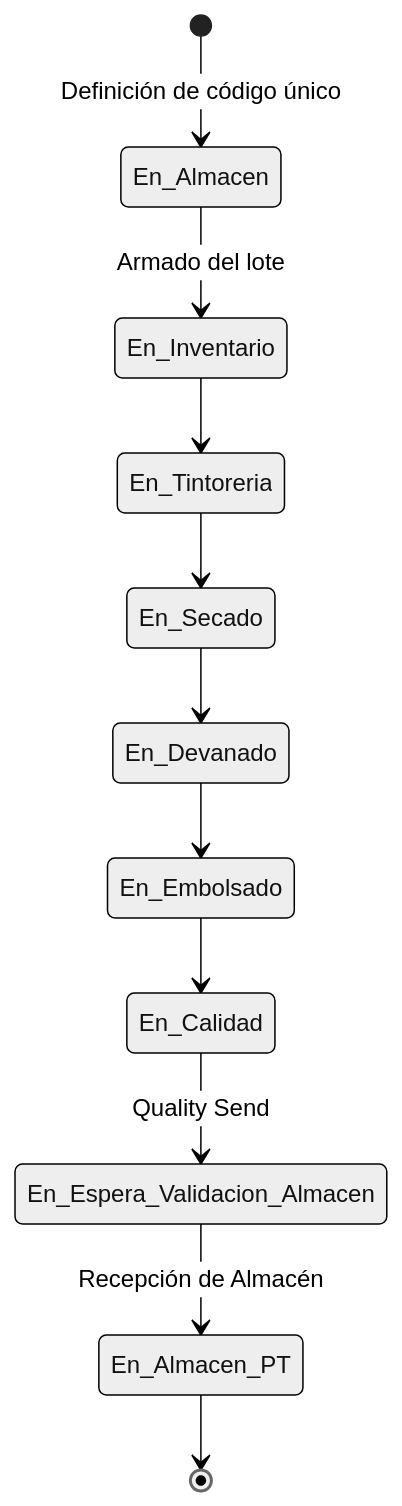
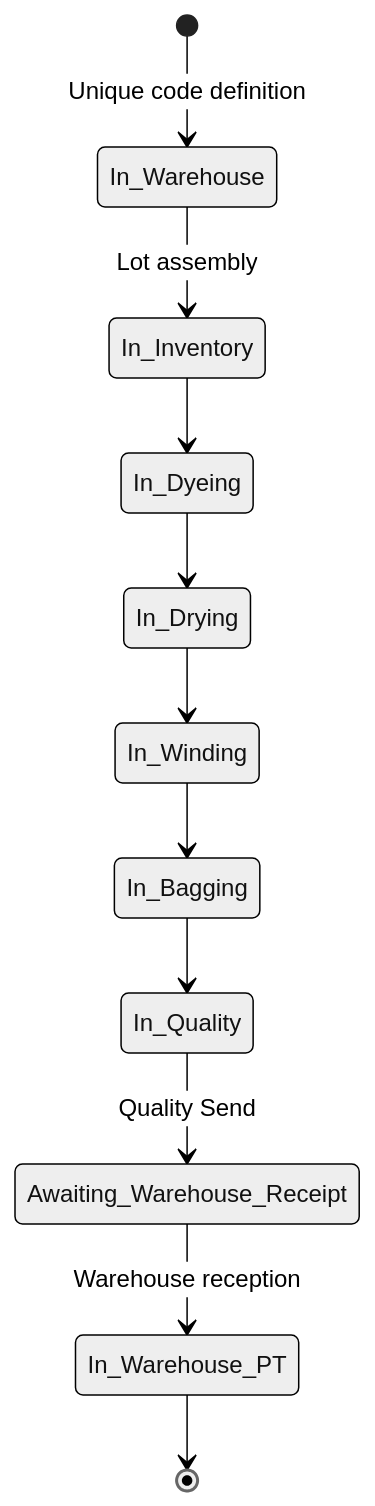
Before and after one commit to luiscm17/colibri-hub: the diagram in docs/prd/operation/lot-processing.md, drawn with Mermaid (neutral theme). The commit also changed other lines of this file, not shown here.

Commit message:
docs(prd): translate lot-processing PRD to English

````diff
--- a/docs/prd/operation/lot-processing.md
+++ b/docs/prd/operation/lot-processing.md
@@ -185,13 +185,13 @@
 ```mermaid
 stateDiagram-v2
-    [*] --> En_Almacen: Definición de código único
-    En_Almacen --> En_Inventario: Armado del lote
-    En_Inventario --> En_Tintoreria
-    En_Tintoreria --> En_Secado
-    En_Secado --> En_Devanado
-    En_Devanado --> En_Embolsado
-    En_Embolsado --> En_Calidad
-    En_Calidad --> En_Espera_Validacion_Almacen: Quality Send
-    En_Espera_Validacion_Almacen --> En_Almacen_PT: Recepción de Almacén
-    En_Almacen_PT --> [*]
+    [*] --> In_Warehouse: Unique code definition
+    In_Warehouse --> In_Inventory: Lot assembly
+    In_Inventory --> In_Dyeing
+    In_Dyeing --> In_Drying
+    In_Drying --> In_Winding
+    In_Winding --> In_Bagging
+    In_Bagging --> In_Quality
+    In_Quality --> Awaiting_Warehouse_Receipt: Quality Send
+    Awaiting_Warehouse_Receipt --> In_Warehouse_PT: Warehouse reception
+    In_Warehouse_PT --> [*]
 ```
````
